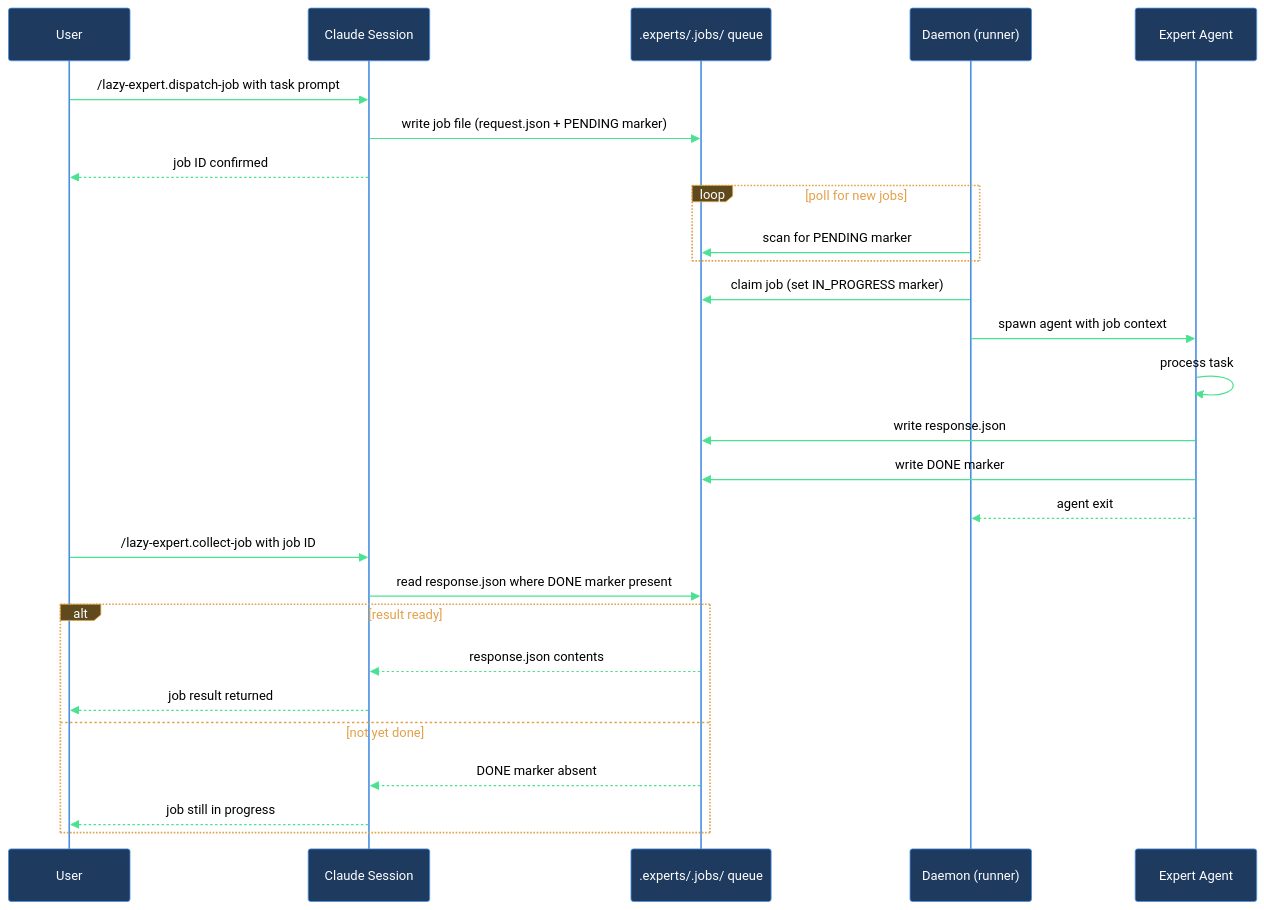
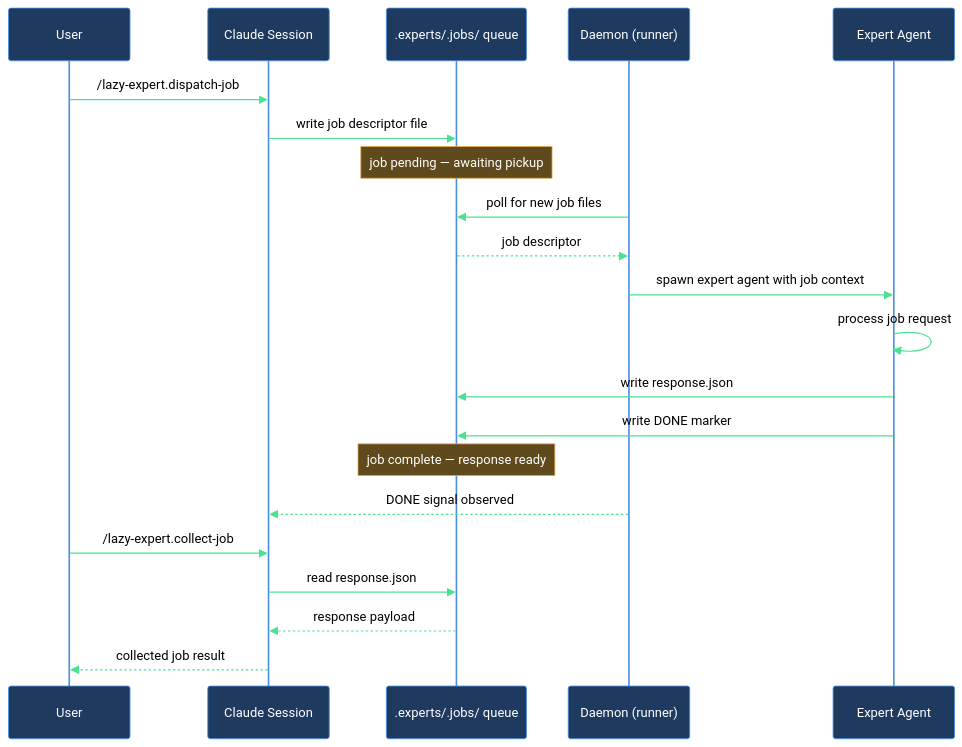
Before and after one commit to mebius-san/lazy-cortex: the diagram in Claude/lazycortex-core/help/walkthroughs/setup-expert.md, drawn with Mermaid. The commit also changed other lines of this file and 15 other files, not shown here.

````diff
--- a/Claude/lazycortex-core/help/walkthroughs/setup-expert.md
+++ b/Claude/lazycortex-core/help/walkthroughs/setup-expert.md
@@ -144,34 +144,25 @@
 ```mermaid
 %%{init: {'themeVariables':{'background':'transparent','primaryColor':'#1e3a5f','primaryBorderColor':'#4a90e2','primaryTextColor':'#fff','lineColor':'#4ae290','actorBkg':'#1e3a5f','actorBorder':'#4a90e2','actorTextColor':'#fff','actorLineColor':'#4a90e2','signalColor':'#4ae290','signalTextColor':'#000','noteBkgColor':'#5f4a1e','noteBorderColor':'#e2a14a','noteTextColor':'#fff','labelBoxBkgColor':'#5f4a1e','labelBoxBorderColor':'#e2a14a','labelTextColor':'#fff','loopTextColor':'#e2a14a'},'sequence':{'diagramPadding':5,'useMaxWidth':true}}}%%
 sequenceDiagram
   participant user as User
   participant claudeSession as Claude Session
-  participant jobsQueue as .experts/.jobs/ queue
+  participant jobQueue as .experts/.jobs/ queue
   participant daemon as Daemon (runner)
   participant expertAgent as Expert Agent
 
-  user->>claudeSession: /lazy-expert.dispatch-job with task prompt
-  claudeSession->>jobsQueue: write job file (request.json + PENDING marker)
-  claudeSession-->>user: job ID confirmed
-
-  loop poll for new jobs
-    daemon->>jobsQueue: scan for PENDING marker
-  end
-
-  daemon->>jobsQueue: claim job (set IN_PROGRESS marker)
-  daemon->>expertAgent: spawn agent with job context
-  expertAgent->>expertAgent: process task
-  expertAgent->>jobsQueue: write response.json
-  expertAgent->>jobsQueue: write DONE marker
-  expertAgent-->>daemon: agent exit
-
-  user->>claudeSession: /lazy-expert.collect-job with job ID
-  claudeSession->>jobsQueue: read response.json where DONE marker present
-  alt result ready
-    jobsQueue-->>claudeSession: response.json contents
-    claudeSession-->>user: job result returned
-  else not yet done
-    jobsQueue-->>claudeSession: DONE marker absent
-    claudeSession-->>user: job still in progress
-  end
+  user->>claudeSession: /lazy-expert.dispatch-job
+  claudeSession->>jobQueue: write job descriptor file
+  Note over jobQueue: job pending — awaiting pickup
+  daemon->>jobQueue: poll for new job files
+  jobQueue-->>daemon: job descriptor
+  daemon->>expertAgent: spawn expert agent with job context
+  expertAgent->>expertAgent: process job request
+  expertAgent->>jobQueue: write response.json
+  expertAgent->>jobQueue: write DONE marker
+  Note over jobQueue: job complete — response ready
+  daemon-->>claudeSession: DONE signal observed
+  user->>claudeSession: /lazy-expert.collect-job
+  claudeSession->>jobQueue: read response.json
+  jobQueue-->>claudeSession: response payload
+  claudeSession-->>user: collected job result
 ```
````
